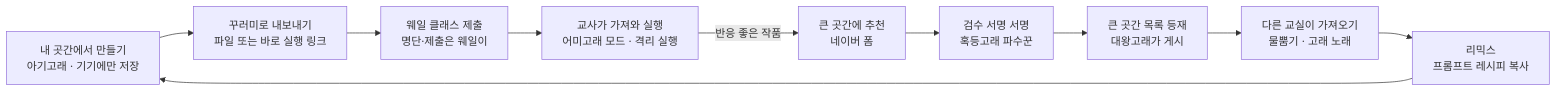
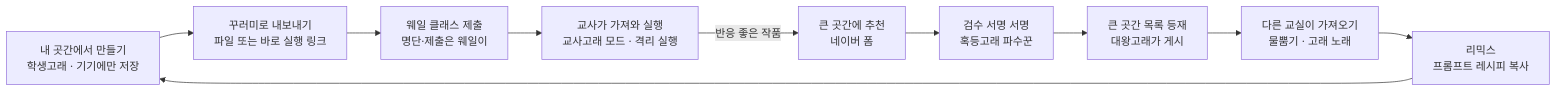
The diagram in docs/PRD.md (codersongpro/gorae), drawn with Mermaid before and after one commit. The commit also changed other lines of this file and 21 other files, not shown here.

````diff
--- a/docs/PRD.md
+++ b/docs/PRD.md
@@ -130,12 +130,12 @@
 ```mermaid
 flowchart LR
-  A["내 곳간에서 만들기<br/>아기고래 · 기기에만 저장"] --> B["꾸러미로 내보내기<br/>파일 또는 바로 실행 링크"]
+  A["내 곳간에서 만들기<br/>학생고래 · 기기에만 저장"] --> B["꾸러미로 내보내기<br/>파일 또는 바로 실행 링크"]
   B --> C["웨일 클래스 제출<br/>명단·제출은 웨일이"]
-  C --> D["교사가 가져와 실행<br/>어미고래 모드 · 격리 실행"]
+  C --> D["교사가 가져와 실행<br/>교사고래 모드 · 격리 실행"]
   D -- 반응 좋은 작품 --> E["큰 곳간에 추천<br/>네이버 폼"]
   E --> F["검수 서명 서명<br/>혹등고래 파수꾼"]
   F --> G["큰 곳간 목록 등재<br/>대왕고래가 게시"]
   G --> H["다른 교실이 가져오기<br/>물뿜기 · 고래 노래"]
   H --> I["리믹스<br/>프롬프트 레시피 복사"]
   I --> A
 ```
````
